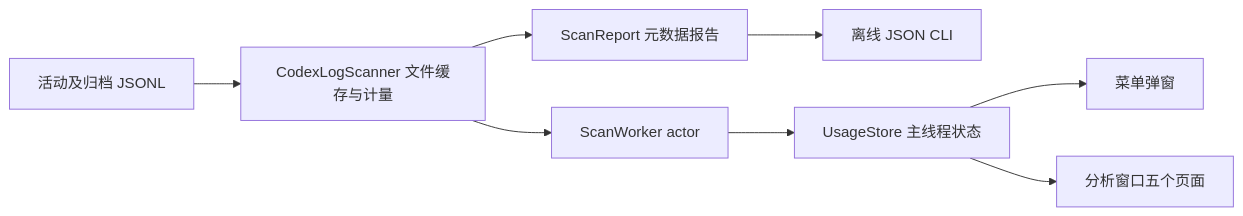
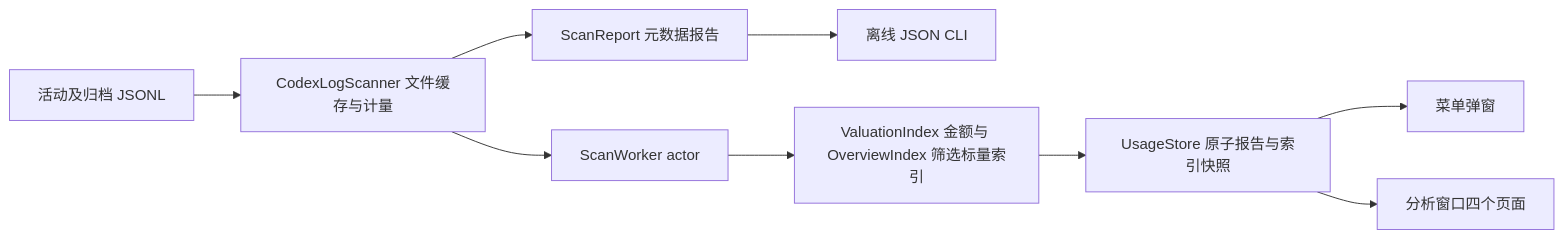
One commit to lixd/codex-stats changed the diagram in docs/design.md. Above: the diagram before and after it, drawn with Mermaid. The commit also changed other lines of this file and 74 other files, not shown here.

````diff
--- a/docs/design.md
+++ b/docs/design.md
@@ -29,10 +38,11 @@
 ```mermaid
 flowchart LR
     F[活动及归档 JSONL] --> S[CodexLogScanner 文件缓存与计量]
     S --> R[ScanReport 元数据报告]
     R --> C[离线 JSON CLI]
     S --> W[ScanWorker actor]
-    W --> U[UsageStore 主线程状态]
+    W --> V[ValuationIndex 金额与 OverviewIndex 筛选标量索引]
+    V --> U[UsageStore 原子报告与索引快照]
     U --> M[菜单弹窗]
-    U --> D[分析窗口五个页面]
+    U --> D[分析窗口四个页面]
 ```
````
